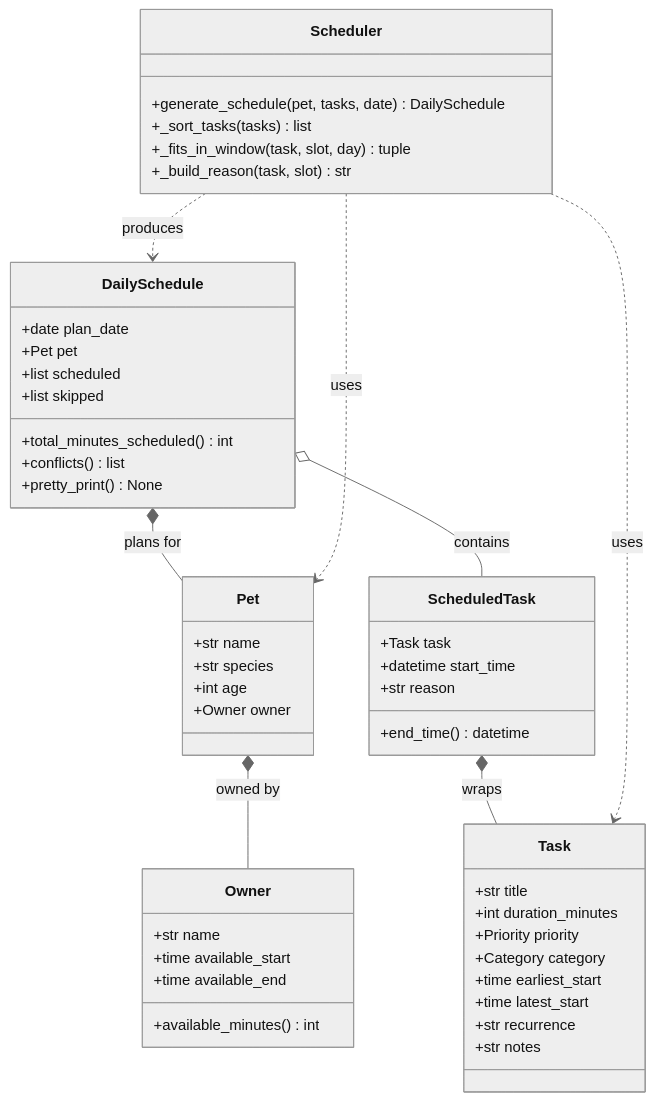
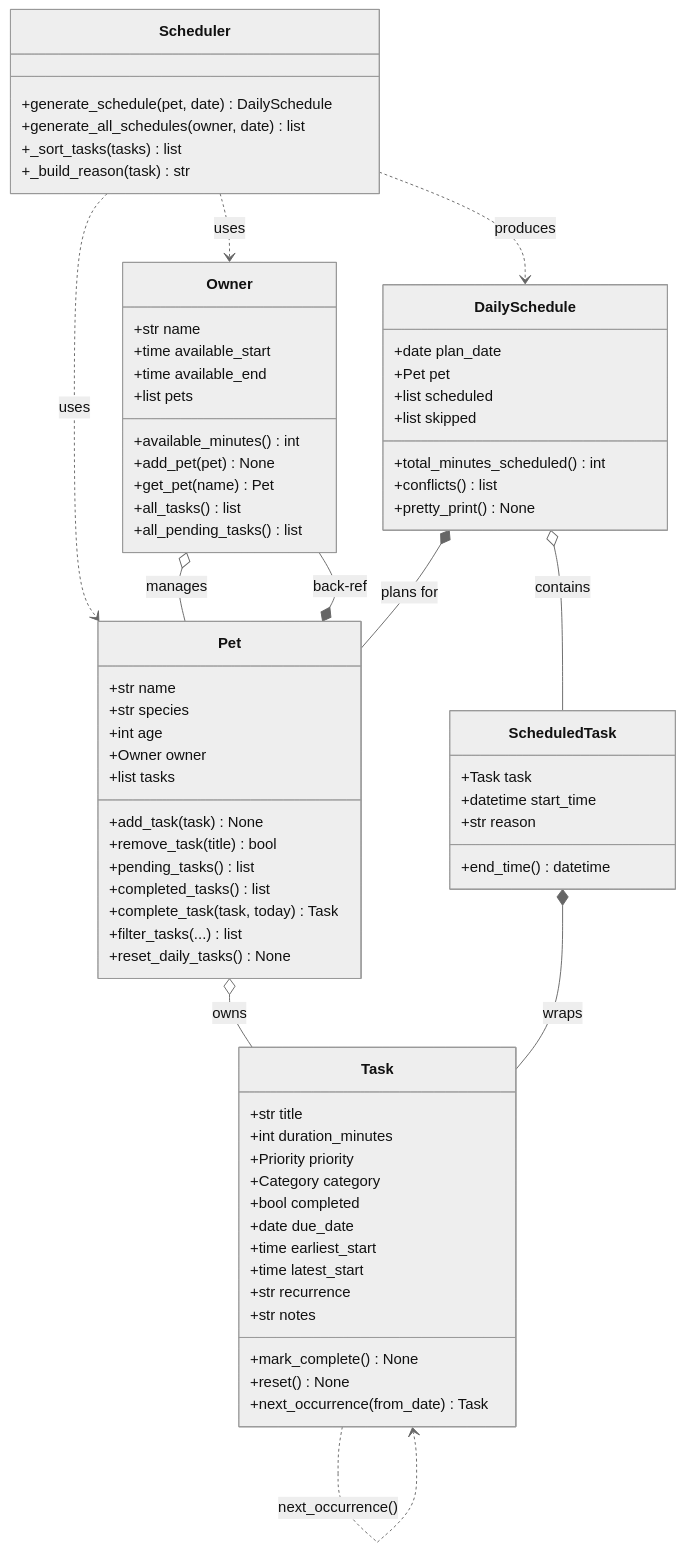
Before and after one commit to ragibasif/ai110-module2show-pawpal-starter: the diagram in reflection.md, drawn with Mermaid (neutral theme). The commit also changed other lines of this file, not shown here.

Commit message:
docs: finalize reflection, UML, and README for project submission

````diff
--- a/reflection.md
+++ b/reflection.md
@@ -23,59 +23,80 @@
 ```mermaid
 classDiagram
     class Owner {
         +str name
         +time available_start
         +time available_end
+        +list pets
         +available_minutes() int
+        +add_pet(pet) None
+        +get_pet(name) Pet
+        +all_tasks() list
+        +all_pending_tasks() list
     }
 
     class Pet {
         +str name
         +str species
         +int age
         +Owner owner
+        +list tasks
+        +add_task(task) None
+        +remove_task(title) bool
+        +pending_tasks() list
+        +completed_tasks() list
+        +complete_task(task, today) Task
+        +filter_tasks(...) list
+        +reset_daily_tasks() None
     }
 
     class Task {
         +str title
         +int duration_minutes
         +Priority priority
         +Category category
+        +bool completed
+        +date due_date
         +time earliest_start
         +time latest_start
         +str recurrence
         +str notes
+        +mark_complete() None
+        +reset() None
+        +next_occurrence(from_date) Task
     }
 
     class ScheduledTask {
         +Task task
         +datetime start_time
         +str reason
         +end_time() datetime
     }
 
     class DailySchedule {
         +date plan_date
         +Pet pet
         +list scheduled
         +list skipped
         +total_minutes_scheduled() int
         +conflicts() list
         +pretty_print() None
     }
 
     class Scheduler {
-        +generate_schedule(pet, tasks, date) DailySchedule
+        +generate_schedule(pet, date) DailySchedule
+        +generate_all_schedules(owner, date) list
         +_sort_tasks(tasks) list
-        +_fits_in_window(task, slot, day) tuple
-        +_build_reason(task, slot) str
+        +_build_reason(task) str
     }
 
-    Pet *-- Owner : owned by
+    Owner o-- Pet : manages
+    Pet *-- Owner : back-ref
+    Pet o-- Task : owns
     ScheduledTask *-- Task : wraps
     DailySchedule *-- Pet : plans for
     DailySchedule o-- ScheduledTask : contains
     Scheduler ..> Pet : uses
-    Scheduler ..> Task : uses
+    Scheduler ..> Owner : uses
     Scheduler ..> DailySchedule : produces
+    Task ..> Task : next_occurrence()
 ```
````
